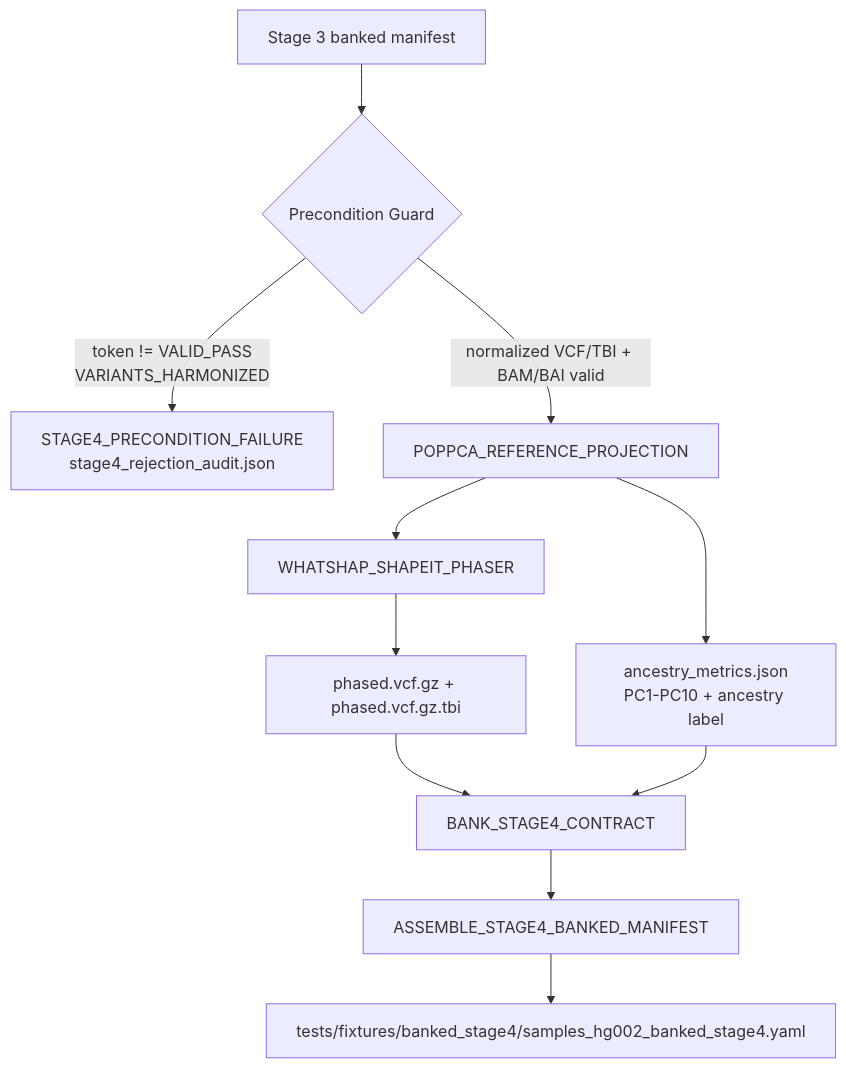
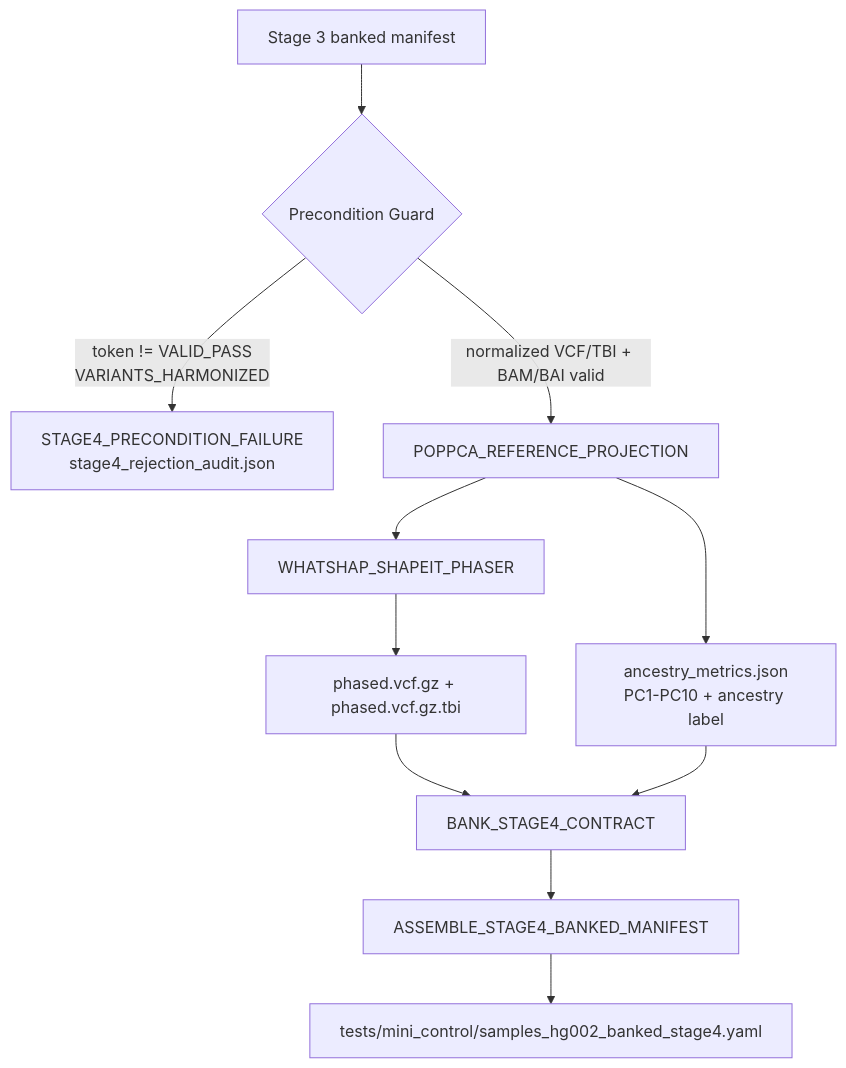
The diagram in Stage_4_Ancestry_Phasing_Highway/README.md (jmorganknight/nf_Gen_Var_Pipe), drawn with Mermaid before and after one commit. The commit also changed other lines of this file and 148 other files, not shown here.

````diff
--- a/Stage_4_Ancestry_Phasing_Highway/README.md
+++ b/Stage_4_Ancestry_Phasing_Highway/README.md
@@ -11,13 +11,13 @@
 ```mermaid
 flowchart TD
     A["Stage 3 banked manifest"] --> B{"Precondition Guard"}
     B -->|token != VALID_PASS\nVARIANTS_HARMONIZED| R["STAGE4_PRECONDITION_FAILURE\nstage4_rejection_audit.json"]
     B -->|normalized VCF/TBI + BAM/BAI valid| C["POPPCA_REFERENCE_PROJECTION"]
     C --> D["ancestry_metrics.json\nPC1-PC10 + ancestry label"]
     C --> E["WHATSHAP_SHAPEIT_PHASER"]
     E --> F["phased.vcf.gz + phased.vcf.gz.tbi"]
     F --> G["BANK_STAGE4_CONTRACT"]
     D --> G
     G --> H["ASSEMBLE_STAGE4_BANKED_MANIFEST"]
-    H --> I["tests/fixtures/banked_stage4/samples_hg002_banked_stage4.yaml"]
+    H --> I["tests/mini_control/samples_hg002_banked_stage4.yaml"]
 ```
````
